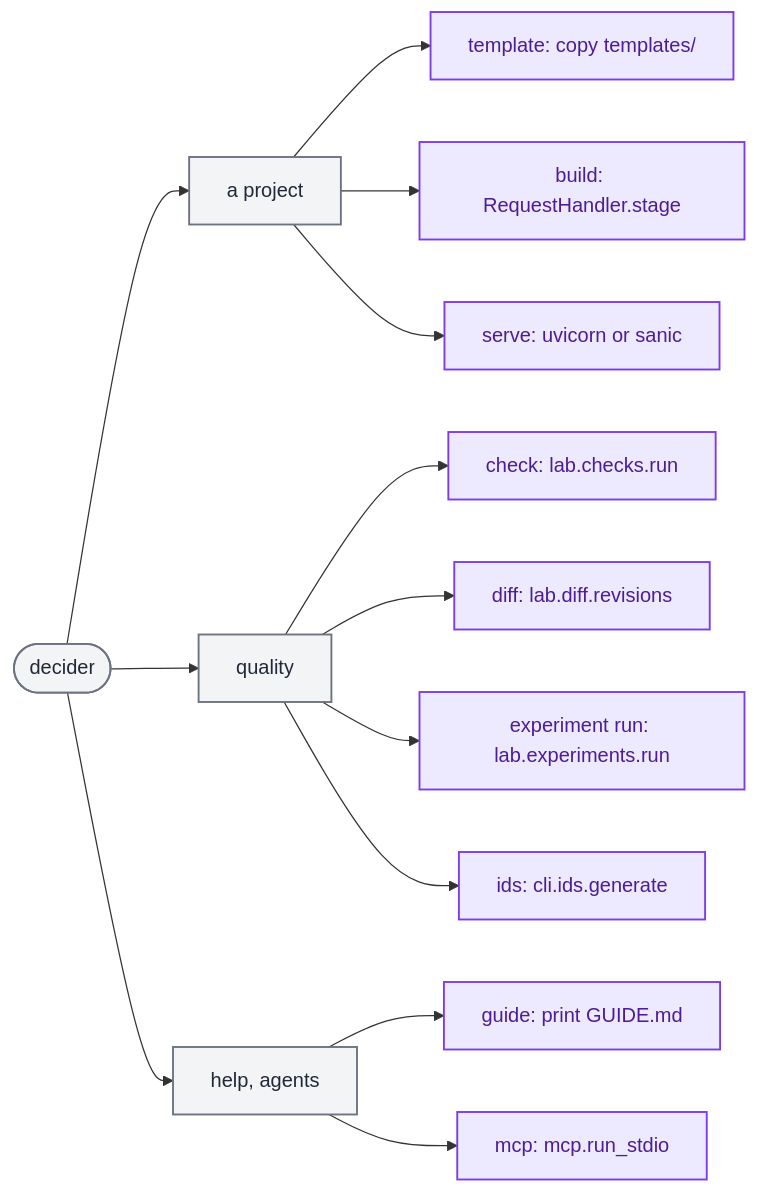
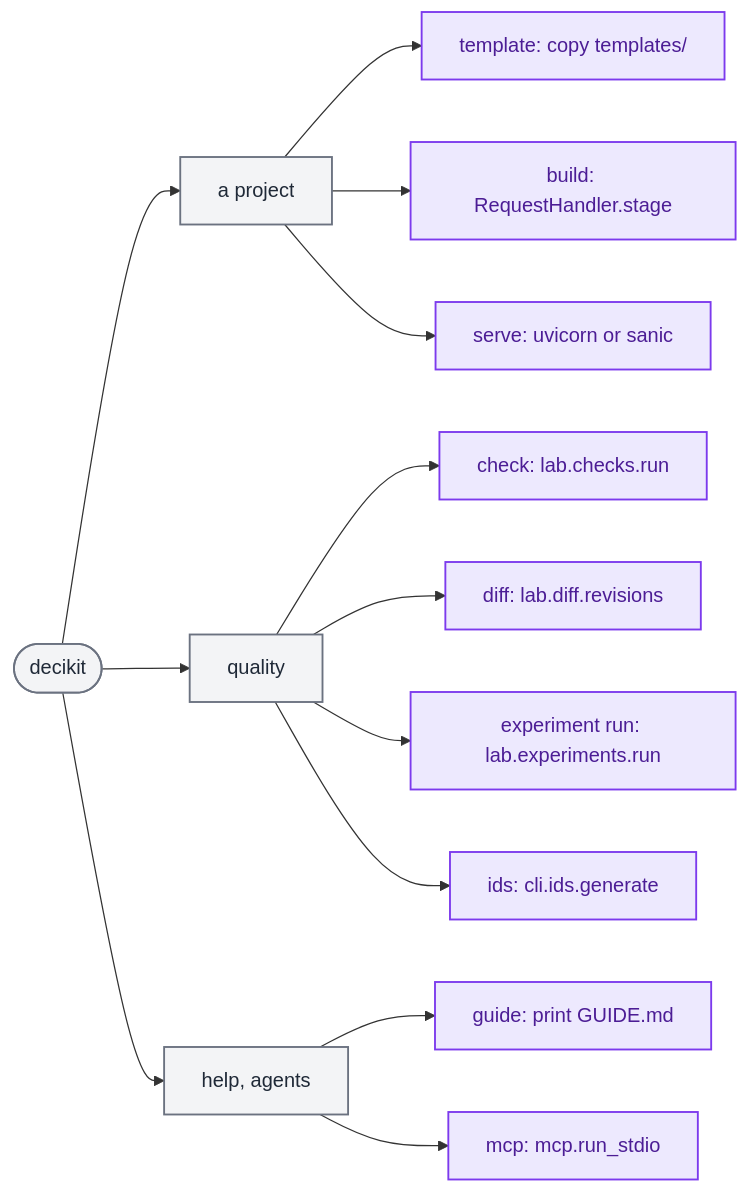
One commit to capitec/dsp-decision-engine changed the first of 3 diagrams in docs/architecture/tooling.md. Above: the diagram before and after it, drawn with Mermaid. The commit also changed other lines of this file and 1292 other files, not shown here.

Commit message:
rename decider to decikit: package, CLI, DECIKIT_* settings, plugin, extension, docs prose says decider toolkit

````diff
--- a/docs/architecture/tooling.md
+++ b/docs/architecture/tooling.md
@@ -26,19 +26,19 @@
 ```mermaid
 flowchart LR
-    D(["decider"]) --> P["a project"]
+    D(["decikit"]) --> P["a project"]
     D --> Q["quality"]
     D --> H["help, agents"]
     P --> T["template: copy templates/"]
     P --> B["build: RequestHandler.stage"]
     P --> S["serve: uvicorn or sanic"]
     Q --> C["check: lab.checks.run"]
     Q --> F["diff: lab.diff.revisions"]
     Q --> E["experiment run: lab.experiments.run"]
     Q --> I["ids: cli.ids.generate"]
     H --> G["guide: print GUIDE.md"]
     H --> M["mcp: mcp.run_stdio"]
     classDef tooling fill:#ede9fe,stroke:#7c3aed,color:#4c1d95,stroke-width:1.5px;
     classDef neutral fill:#f3f4f6,stroke:#6b7280,color:#1f2937,stroke-width:1.5px;
     class D,P,Q,H neutral
     class G,T,I,B,S,C,F,E,M tooling
 ```
````
